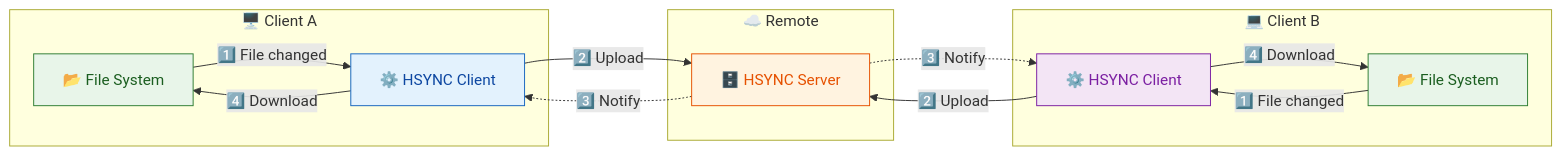
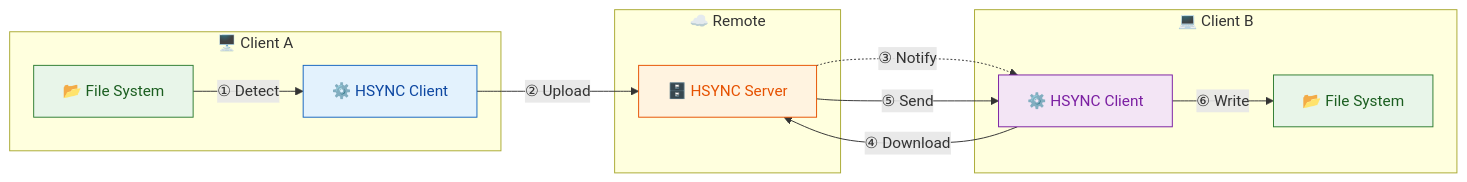
Before and after one commit to albertsdk/hsync-client: the diagram in README.md, drawn with Mermaid. The commit also changed other lines of this file and 21 other files, not shown here.

First line of the commit message:
Add numbered phases to documentation diagrams

````diff
--- a/README.md
+++ b/README.md
@@ -12,34 +12,30 @@
 ```mermaid
 flowchart LR
     subgraph LocalA["🖥️ Client A"]
         FSA["📂 File System"]
         CA["⚙️ HSYNC Client"]
     end
 
     subgraph Remote["☁️ Remote"]
         SERVER["🗄️ HSYNC Server"]
     end
 
     subgraph LocalB["💻 Client B"]
+        CB["⚙️ HSYNC Client"]
         FSB["📂 File System"]
-        CB["⚙️ HSYNC Client"]
     end
 
-    %% Client A changes flow
-    FSA -->|"1️⃣ File changed"| CA
-    CA -->|"2️⃣ Upload"| SERVER
-    SERVER -.->|"3️⃣ Notify"| CB
-    CB -->|"4️⃣ Download"| FSB
-
-    %% Client B changes flow
-    FSB -->|"1️⃣ File changed"| CB
-    CB -->|"2️⃣ Upload"| SERVER
-    SERVER -.->|"3️⃣ Notify"| CA
-    CA -->|"4️⃣ Download"| FSA
+    %% Client A → Server → Client B flow
+    FSA -->|"① Detect"| CA
+    CA -->|"② Upload"| SERVER
+    SERVER -.->|"③ Notify"| CB
+    CB -->|"④ Download"| SERVER
+    SERVER -->|"⑤ Send"| CB
+    CB -->|"⑥ Write"| FSB
 
     style FSA fill:#e8f5e9,stroke:#2e7d32,color:#1b5e20
     style CA fill:#e3f2fd,stroke:#1565c0,color:#0d47a1
     style SERVER fill:#fff3e0,stroke:#e65100,color:#e65100
     style FSB fill:#e8f5e9,stroke:#2e7d32,color:#1b5e20
     style CB fill:#f3e5f5,stroke:#7b1fa2,color:#7b1fa2
 ```
````
